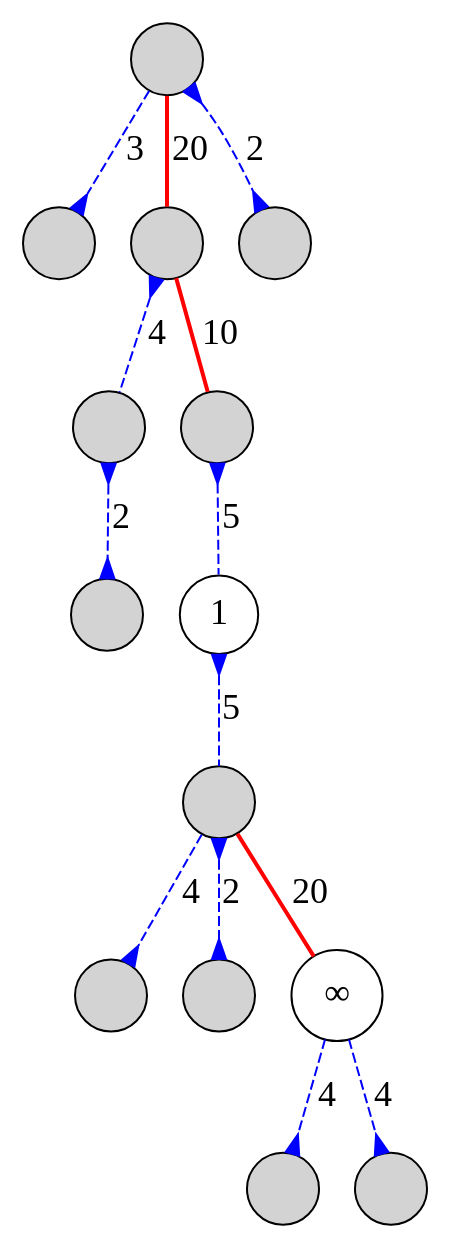
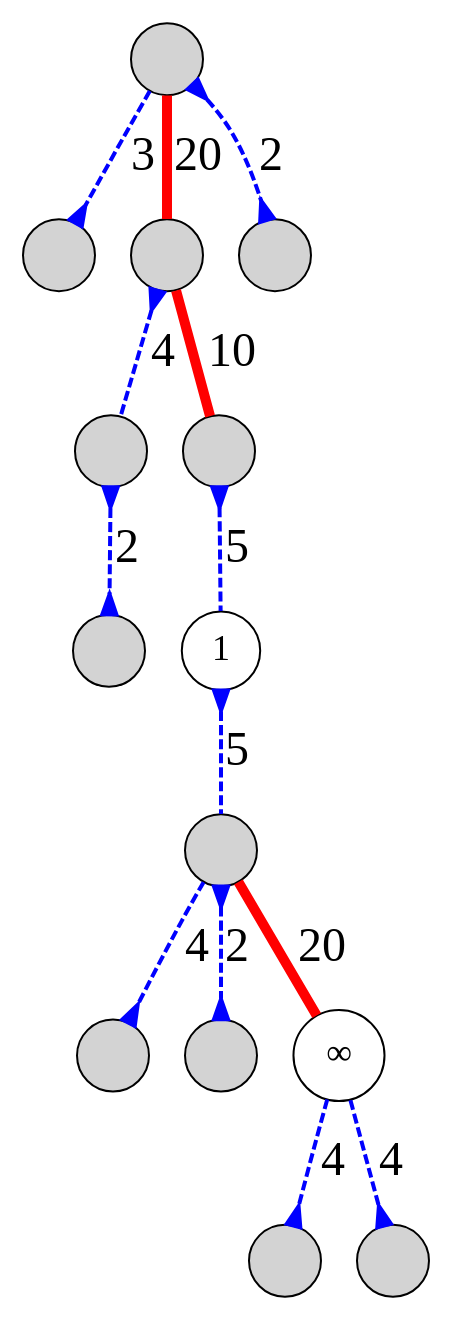
Before and after one commit to sgolodetz/waterfallpaper: the diagram in graphs/smg/marcotegui-pass2.gv, drawn with Graphviz. The commit also changed 6 other files, not shown here.

Commit message:
Sort out the edge thicknesses in Figure 14.

```diff
--- a/graphs/smg/marcotegui-pass2.gv
+++ b/graphs/smg/marcotegui-pass2.gv
@@ -1,22 +1,22 @@
 digraph
 {
 	node [shape=circle, style=filled, label="", fontsize=18];
-	edge [dir=both, arrowtail=none, arrowhead=none, color=blue, style=dashed, fontsize=18];
+	edge [dir=both, arrowtail=none, arrowhead=none, color=blue, style=dashed, penwidth=2, fontsize=24];
 
 	n00 -> n10 [label=3, arrowhead=inv];
-	n00 -> n11 [label=20, color=red, style=bold];
+	n00 -> n11 [label=20, color=red, style=solid, penwidth=5];
 	n00 -> n12 [label=2, arrowtail=inv, arrowhead=inv];
 	n11 -> n20 [label=4, arrowtail=inv];
-	n11 -> n21 [label=10, color=red, style=bold];
+	n11 -> n21 [label=10, color=red, style=solid, penwidth=5];
 	n20 -> n30 [label=2, arrowtail=inv, arrowhead=inv];
 	n21 -> n31 [label=5, arrowtail=inv];
 	n31 -> n40 [label=5, arrowtail=inv];
 	n40 -> n50 [label=4, arrowhead=inv];
 	n40 -> n51 [label=2, arrowtail=inv, arrowhead=inv];
-	n40 -> n52 [label=20, color=red, style=bold];
+	n40 -> n52 [label=20, color=red, style=solid, penwidth=5];
 	n52 -> n60 [label=4, arrowhead=inv];
 	n52 -> n61 [label=4, arrowhead=inv];
 
 	n31 [style=solid, label=1];
 	n52 [style=solid, label="&infin;"];
 }
```
